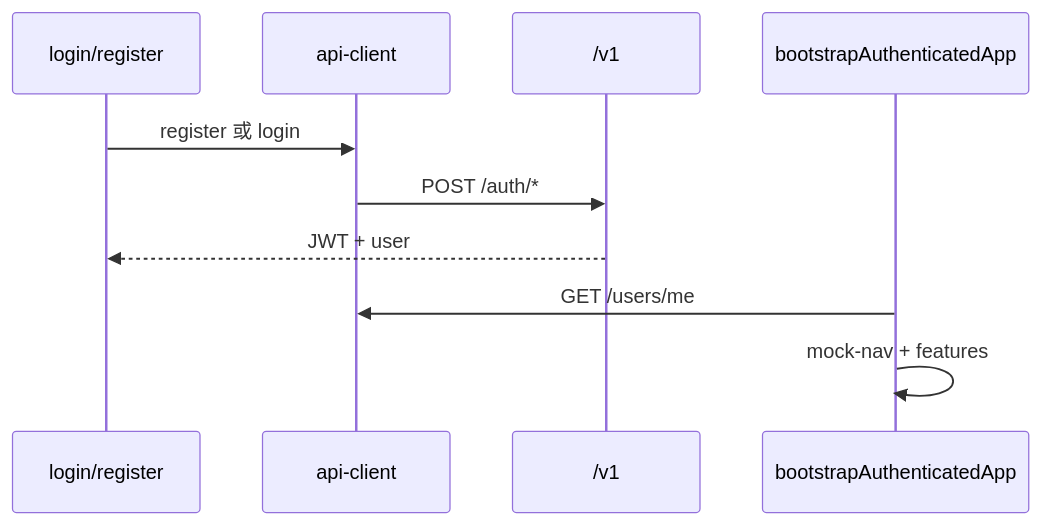
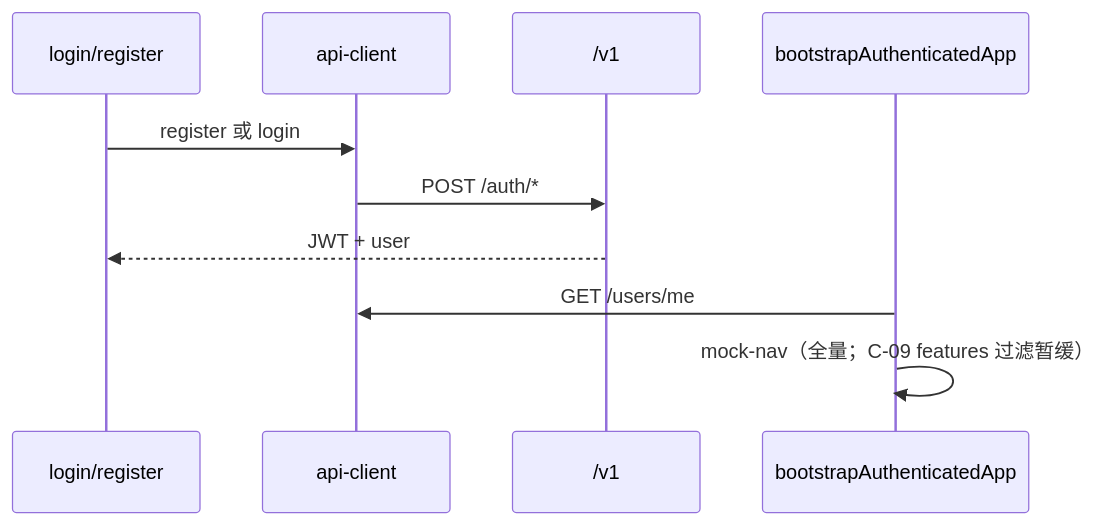
Before and after one commit to dujiaoai/map-design: the diagram in docs/architecture/backend-integration.md, drawn with Mermaid. The commit also changed other lines of this file and 29 other files, not shown here.

````diff
--- a/docs/architecture/backend-integration.md
+++ b/docs/architecture/backend-integration.md
@@ -45,13 +46,13 @@
 ```mermaid
 sequenceDiagram
   participant Login as login/register
   participant API as api-client
   participant SaaS as /v1
   participant Bootstrap as bootstrapAuthenticatedApp
 
   Login->>API: register 或 login
   API->>SaaS: POST /auth/*
   SaaS-->>Login: JWT + user
   Bootstrap->>API: GET /users/me
-  Bootstrap->>Bootstrap: mock-nav + features
+  Bootstrap->>Bootstrap: mock-nav（全量；C-09 features 过滤暂缓）
 ```
````
